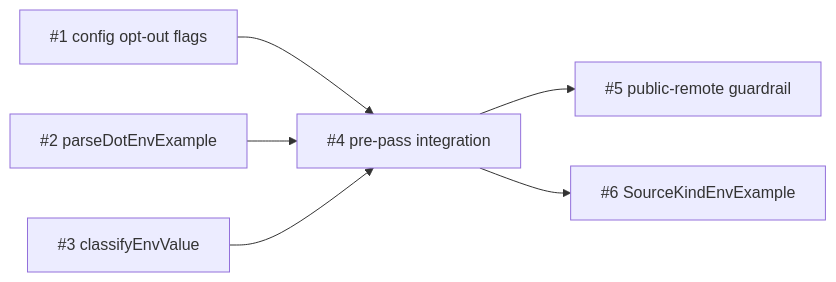
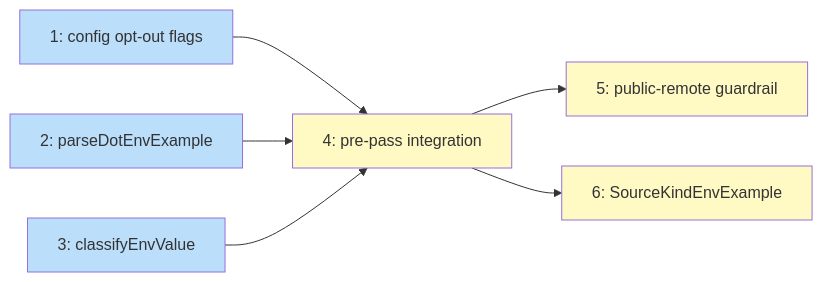
One commit to tsukumogami/niwa changed the diagram in docs/plans/PLAN-env-example-integration.md. Above: the diagram before and after it, drawn with Mermaid. The commit also changed other lines of this file and 3 other files, not shown here.

First line of the commit message:
chore(implement): initialize workflow state for env-example-integration

````diff
--- a/docs/plans/PLAN-env-example-integration.md
+++ b/docs/plans/PLAN-env-example-integration.md
@@ -30,15 +178,21 @@
 ```mermaid
 graph LR
-  I1["#1 config opt-out flags"]
-  I2["#2 parseDotEnvExample"]
-  I3["#3 classifyEnvValue"]
-  I4["#4 pre-pass integration"]
-  I5["#5 public-remote guardrail"]
-  I6["#6 SourceKindEnvExample"]
+    I1["1: config opt-out flags"]
+    I2["2: parseDotEnvExample"]
+    I3["3: classifyEnvValue"]
+    I4["4: pre-pass integration"]
+    I5["5: public-remote guardrail"]
+    I6["6: SourceKindEnvExample"]
 
-  I1 --> I4
-  I2 --> I4
-  I3 --> I4
-  I4 --> I5
-  I4 --> I6
+    I1 --> I4
+    I2 --> I4
+    I3 --> I4
+    I4 --> I5
+    I4 --> I6
+
+    classDef ready fill:#bbdefb
+    classDef blocked fill:#fff9c4
+
+    class I1,I2,I3 ready
+    class I4,I5,I6 blocked
 ```
````
